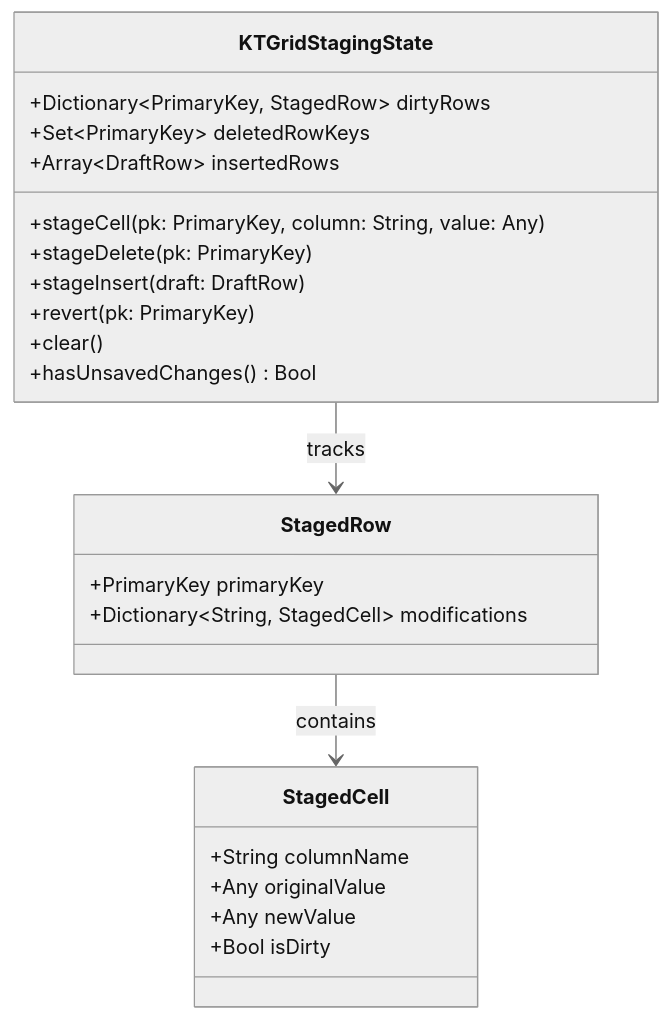
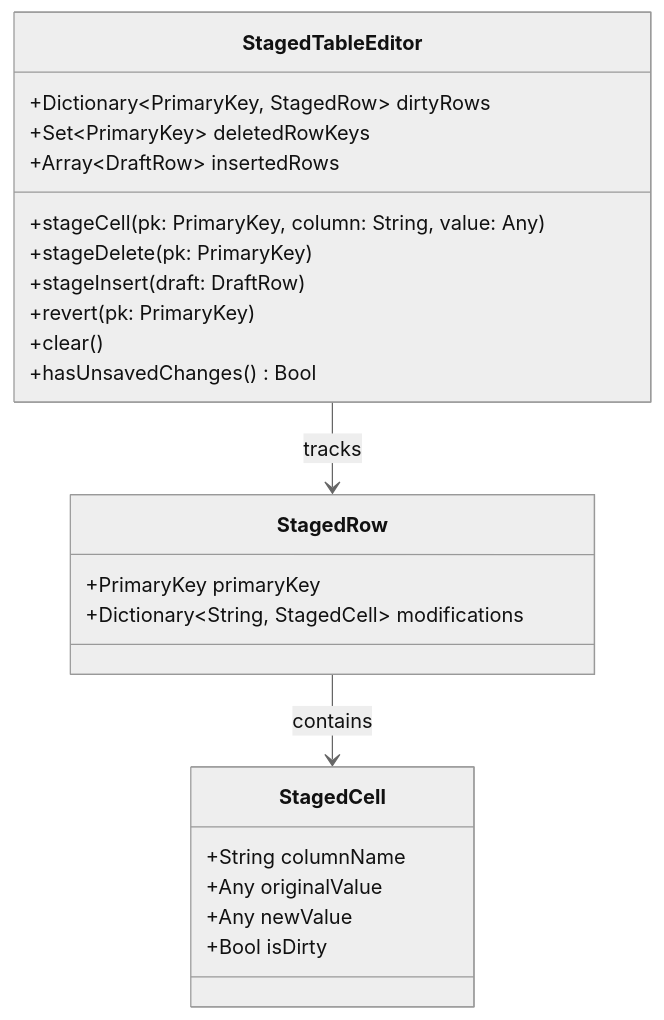
The diagram in docs/03-data-models.md (KTStackAPP/KTStack), drawn with Mermaid (neutral theme) before and after one commit. The commit also changed other lines of this file and 58 other files, not shown here.

````diff
--- a/docs/03-data-models.md
+++ b/docs/03-data-models.md
@@ -70,29 +70,29 @@
 ```mermaid
 classDiagram
-    class KTGridStagingState {
+    class StagedTableEditor {
         +Dictionary~PrimaryKey, StagedRow~ dirtyRows
         +Set~PrimaryKey~ deletedRowKeys
         +Array~DraftRow~ insertedRows
         +stageCell(pk: PrimaryKey, column: String, value: Any)
         +stageDelete(pk: PrimaryKey)
         +stageInsert(draft: DraftRow)
         +revert(pk: PrimaryKey)
         +clear()
         +hasUnsavedChanges() Bool
     }
 
     class StagedRow {
         +PrimaryKey primaryKey
         +Dictionary~String, StagedCell~ modifications
     }
 
     class StagedCell {
         +String columnName
         +Any originalValue
         +Any newValue
         +Bool isDirty
     }
 
-    KTGridStagingState --> StagedRow : tracks
+    StagedTableEditor --> StagedRow : tracks
     StagedRow --> StagedCell : contains
 ```
````
